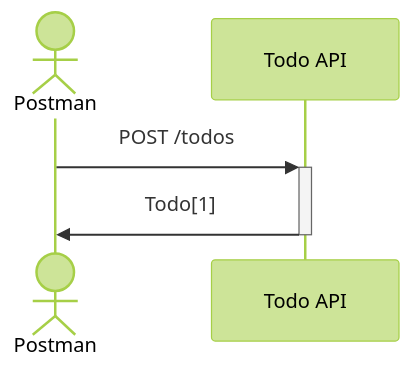
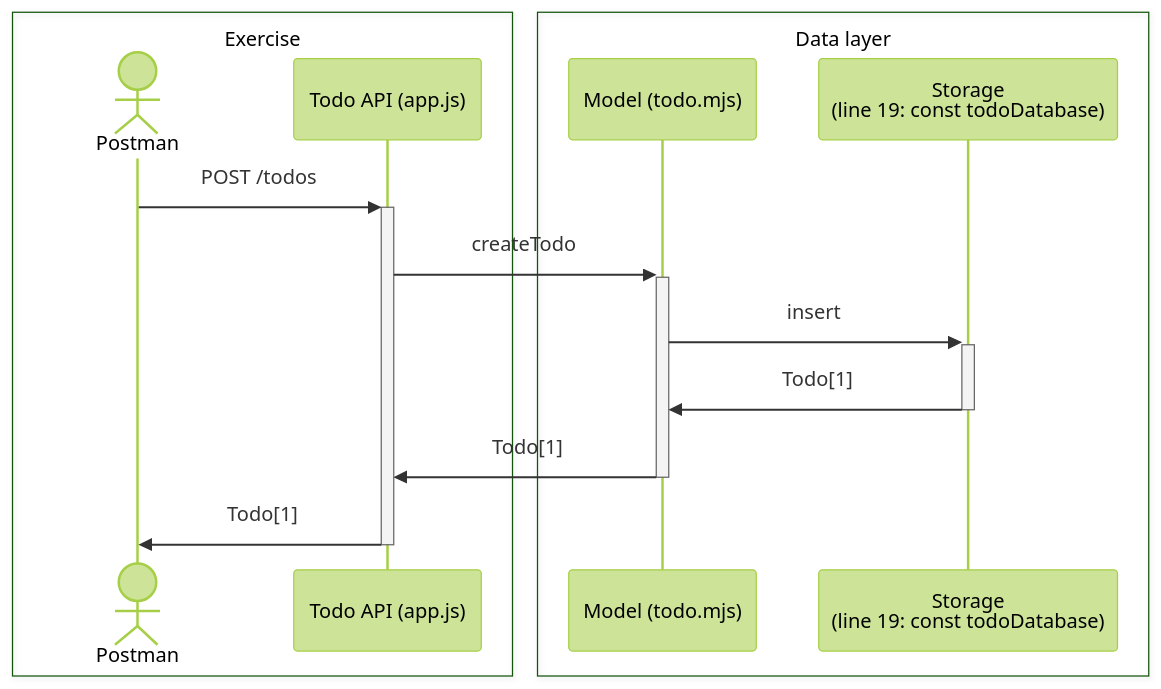
Before and after one commit to scallops-cloud/nodejs-basic-course: the diagram in 05-crud-rest-api/exercises/05-02-todo-create/README.md, drawn with Mermaid (forest theme). The commit also changed other lines of this file, not shown here.

Commit message:
Lil bit more detail

````diff
--- a/05-crud-rest-api/exercises/05-02-todo-create/README.md
+++ b/05-crud-rest-api/exercises/05-02-todo-create/README.md
@@ -7,8 +7,18 @@
 ```mermaid
 sequenceDiagram
-   Actor Postman
-   participant Todo API
+   box Exercise
+      Actor P AS Postman
+      participant A AS Todo API (app.js)
+   end
+   box Data layer
+      participant M AS Model (todo.mjs)
+      participant D AS Storage<br/>(line 19: const todoDatabase)
+   end
 
-   Postman->>+Todo API: POST /todos
-   Todo API->>-Postman: Todo[1]
+   P->>+A: POST /todos
+   A->>+M: createTodo
+   M->>+D: insert
+   D->>-M: Todo[1]
+   M->>-A: Todo[1]
+   A->>-P: Todo[1]
 ```
````
